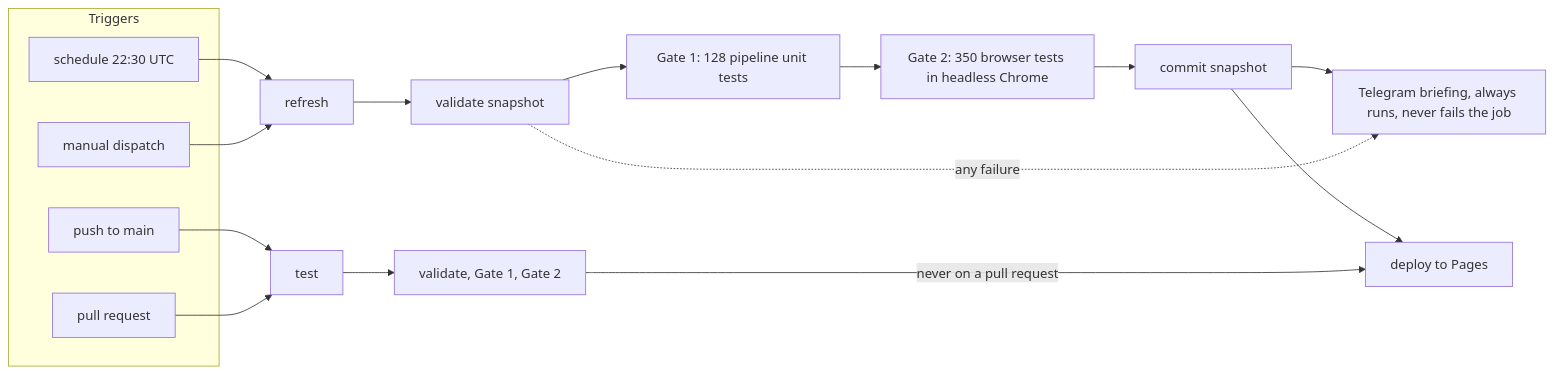
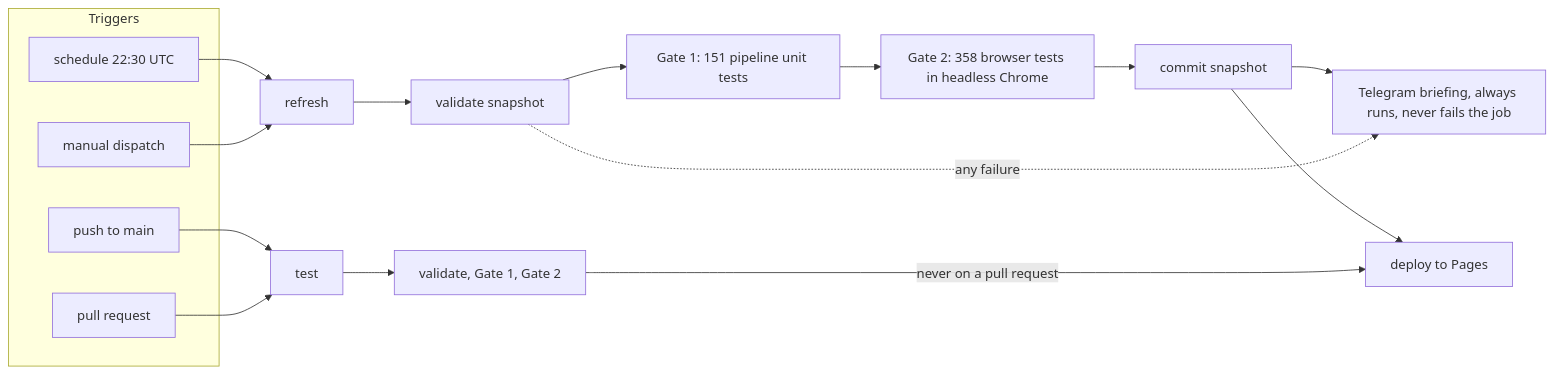
The fourth of 5 diagrams in README.md (myc208/quantlens), drawn with Mermaid before and after one commit. The commit also changed other lines of this file and 5 other files, not shown here.

````diff
--- a/README.md
+++ b/README.md
@@ -884,19 +886,19 @@
 ```mermaid
 flowchart LR
   subgraph T["Triggers"]
     S["schedule 22:30 UTC"]
     D["manual dispatch"]
     P["push to main"]
     PR["pull request"]
   end
   S --> REF["refresh"]
   D --> REF
   P --> TEST["test"]
   PR --> TEST
-  REF --> V["validate snapshot"] --> G1["Gate 1: 128 pipeline unit tests"] --> G2["Gate 2: 350 browser tests in headless Chrome"] --> C["commit snapshot"]
+  REF --> V["validate snapshot"] --> G1["Gate 1: 151 pipeline unit tests"] --> G2["Gate 2: 358 browser tests in headless Chrome"] --> C["commit snapshot"]
   C --> TG["Telegram briefing, always runs, never fails the job"]
   V -.->|"any failure"| TG
   TEST --> V2["validate, Gate 1, Gate 2"]
   C --> DEP["deploy to Pages"]
   V2 -->|"never on a pull request"| DEP
 ```
````
